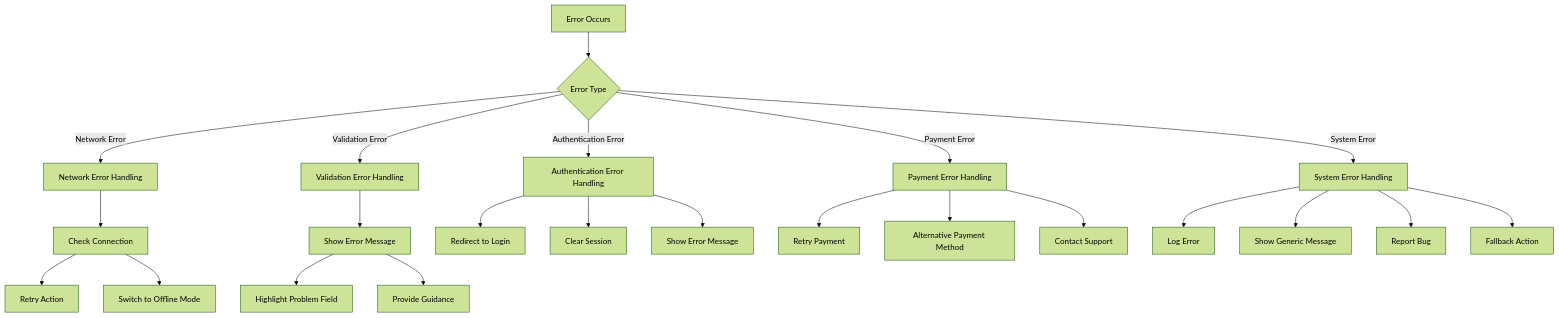
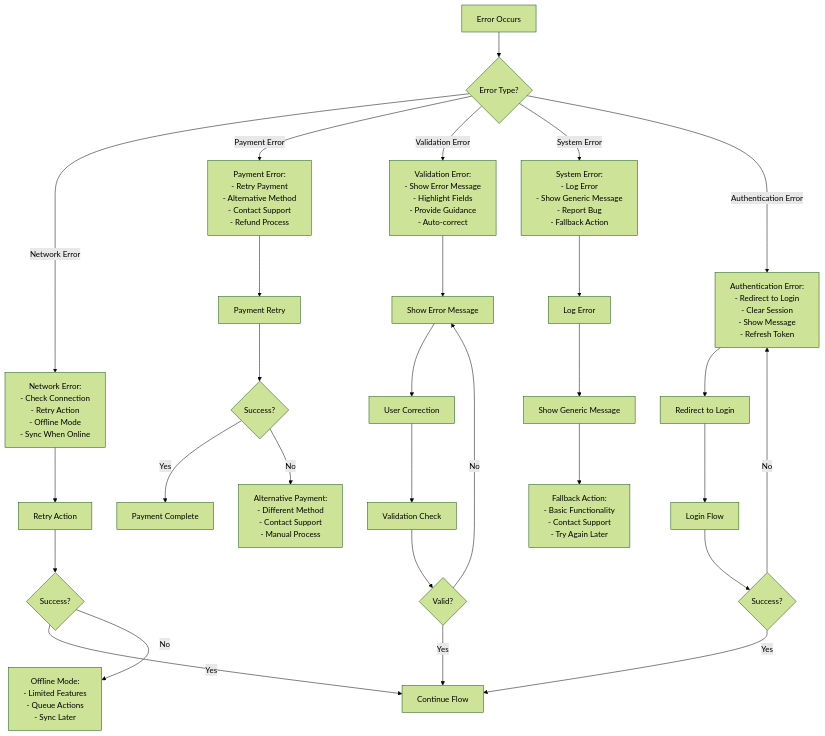
One commit to engaotb/YARDR changed diagram 19 of 20 in 04_User_Experience_Flows.md. Above: the diagram before and after it, drawn with Mermaid (forest theme). The commit also changed other lines of this file, not shown here.

First line of the commit message:
Complete redesign of User Experience Flows

````diff
--- a/04_User_Experience_Flows.md
+++ b/04_User_Experience_Flows.md
@@ -822,31 +512,41 @@
 ```mermaid
 flowchart TD
-    Error[Error Occurs] --> ErrorType{Error Type}
+    ErrorOccurs[Error Occurs] --> ErrorType{Error Type?}
     
-    ErrorType -->|Network Error| NetworkError[Network Error Handling]
-    ErrorType -->|Validation Error| ValidationError[Validation Error Handling]
-    ErrorType -->|Authentication Error| AuthError[Authentication Error Handling]
-    ErrorType -->|Payment Error| PaymentError[Payment Error Handling]
-    ErrorType -->|System Error| SystemError[System Error Handling]
+    ErrorType -->|Network Error| NetworkError[Network Error:<br/>- Check Connection<br/>- Retry Action<br/>- Offline Mode<br/>- Sync When Online]
     
-    NetworkError --> CheckConnection[Check Connection]
-    CheckConnection --> RetryAction[Retry Action]
-    CheckConnection --> OfflineMode[Switch to Offline Mode]
+    ErrorType -->|Payment Error| PaymentError[Payment Error:<br/>- Retry Payment<br/>- Alternative Method<br/>- Contact Support<br/>- Refund Process]
+    
+    ErrorType -->|Validation Error| ValidationError[Validation Error:<br/>- Show Error Message<br/>- Highlight Fields<br/>- Provide Guidance<br/>- Auto-correct]
+    
+    ErrorType -->|System Error| SystemError[System Error:<br/>- Log Error<br/>- Show Generic Message<br/>- Report Bug<br/>- Fallback Action]
+    
+    ErrorType -->|Authentication Error| AuthError[Authentication Error:<br/>- Redirect to Login<br/>- Clear Session<br/>- Show Message<br/>- Refresh Token]
+    
+    NetworkError --> RetryAction[Retry Action]
+    RetryAction --> Success{Success?}
+    Success -->|Yes| ContinueFlow[Continue Flow]
+    Success -->|No| OfflineMode[Offline Mode:<br/>- Limited Features<br/>- Queue Actions<br/>- Sync Later]
+    
+    PaymentError --> PaymentRetry[Payment Retry]
+    PaymentRetry --> PaymentSuccess{Success?}
+    PaymentSuccess -->|Yes| PaymentComplete[Payment Complete]
+    PaymentSuccess -->|No| AlternativePayment[Alternative Payment:<br/>- Different Method<br/>- Contact Support<br/>- Manual Process]
     
     ValidationError --> ShowError[Show Error Message]
-    ShowError --> HighlightField[Highlight Problem Field]
-    ShowError --> ProvideGuidance[Provide Guidance]
+    ShowError --> UserCorrection[User Correction]
+    UserCorrection --> ValidationCheck[Validation Check]
+    ValidationCheck --> Valid{Valid?}
+    Valid -->|Yes| ContinueFlow
+    Valid -->|No| ShowError
+    
+    SystemError --> LogError[Log Error]
+    LogError --> GenericMessage[Show Generic Message]
+    GenericMessage --> FallbackAction[Fallback Action:<br/>- Basic Functionality<br/>- Contact Support<br/>- Try Again Later]
     
     AuthError --> RedirectLogin[Redirect to Login]
-    AuthError --> ClearSession[Clear Session]
-    AuthError --> ShowMessage[Show Error Message]
-    
-    PaymentError --> PaymentRetry[Retry Payment]
-    PaymentError --> AlternativePayment[Alternative Payment Method]
-    PaymentError --> ContactSupport[Contact Support]
-    
-    SystemError --> LogError[Log Error]
-    SystemError --> ShowGenericMessage[Show Generic Message]
-    SystemError --> ReportBug[Report Bug]
-    SystemError --> FallbackAction[Fallback Action]
+    RedirectLogin --> LoginFlow[Login Flow]
+    LoginFlow --> AuthSuccess{Success?}
+    AuthSuccess -->|Yes| ContinueFlow
+    AuthSuccess -->|No| AuthError
 ```
````
